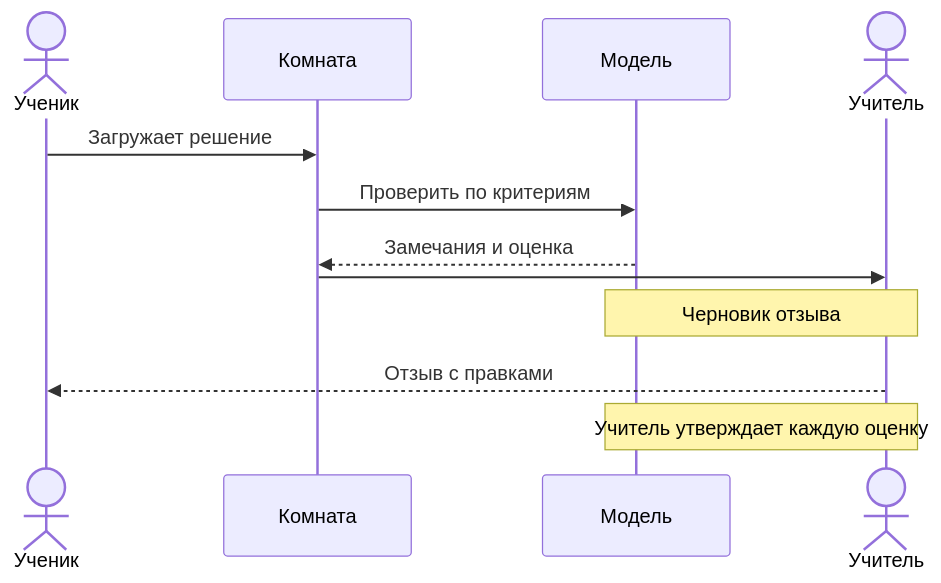
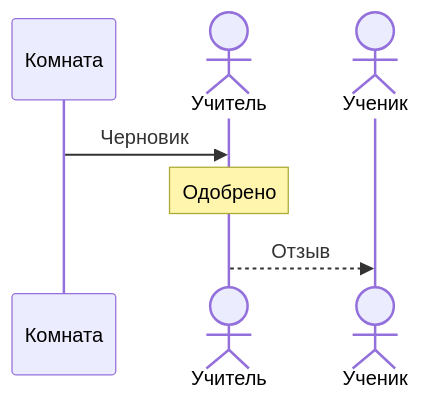
Before and after one commit to kscht/spiridus-docs: the third of 13 diagrams in examples/documents/13-mermaid.md, drawn with Mermaid. The commit also changed other lines of this file and 56 other files, not shown here.

````diff
--- a/examples/documents/13-mermaid.md
+++ b/examples/documents/13-mermaid.md
@@ -23,14 +36,10 @@
 ```mermaid
+%%{init: {"sequence": {"width": 70, "actorMargin": 40, "diagramMarginX": 8}}}%%
 sequenceDiagram
+  participant К as Комната
+  actor П as Учитель
   actor У as Ученик
-  participant К as Комната
-  participant М as Модель
-  actor П as Учитель
-  У->>К: Загружает решение
-  К->>М: Проверить по критериям
-  М-->>К: Замечания и оценка
-  К->>П: 
-  Note over М,П: Черновик отзыва
-  П-->>У: Отзыв с правками
-  Note over М,П: Учитель утверждает каждую оценку
+  К->>П: Черновик
+  Note over П: Одобрено
+  П-->>У: Отзыв
 ```
````
